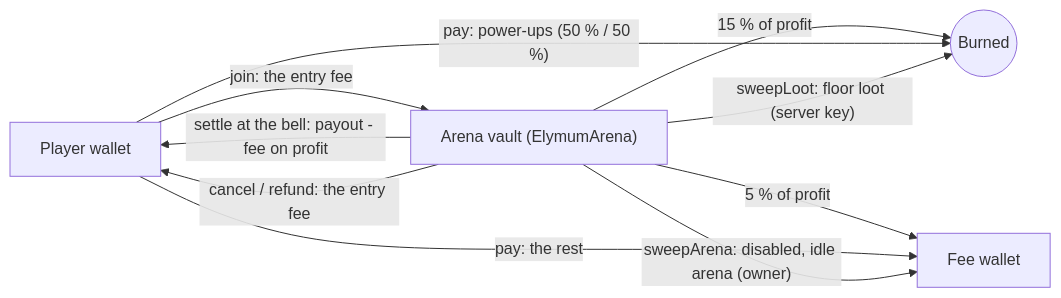
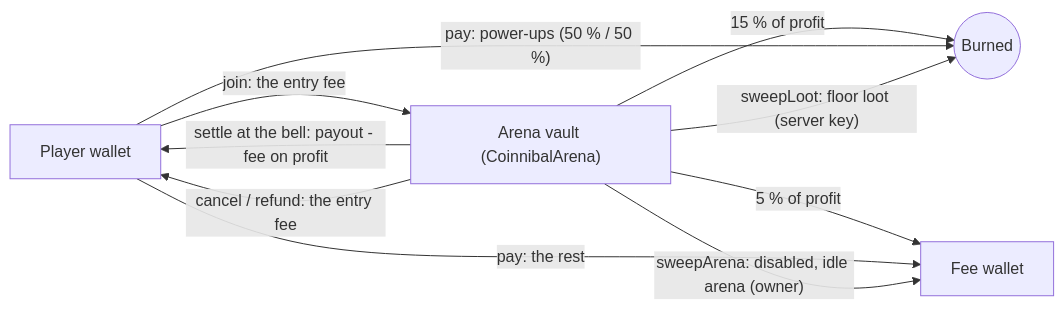
The diagram in docs/PROJECT.md (CoinnibalFun/Coinnibal), drawn with Mermaid before and after one commit. The commit also changed other lines of this file and 64 other files, not shown here.

````diff
--- a/docs/PROJECT.md
+++ b/docs/PROJECT.md
@@ -229,12 +229,12 @@
 ```mermaid
 flowchart LR
-  P["Player wallet"] -- "join: the entry fee" --> V["Arena vault (ElymumArena)"]
+  P["Player wallet"] -- "join: the entry fee" --> V["Arena vault (CoinnibalArena)"]
   V -- "settle at the bell: payout - fee on profit" --> P
   V -- "15 % of profit" --> B(("Burned"))
   V -- "5 % of profit" --> F["Fee wallet"]
   P -- "pay: power-ups (50 % / 50 %)" --> B
   P -- "pay: the rest" --> F
   V -- "cancel / refund: the entry fee" --> P
   V -- "sweepLoot: floor loot (server key)" --> B
   V -- "sweepArena: disabled, idle arena (owner)" --> F
 ```
````
